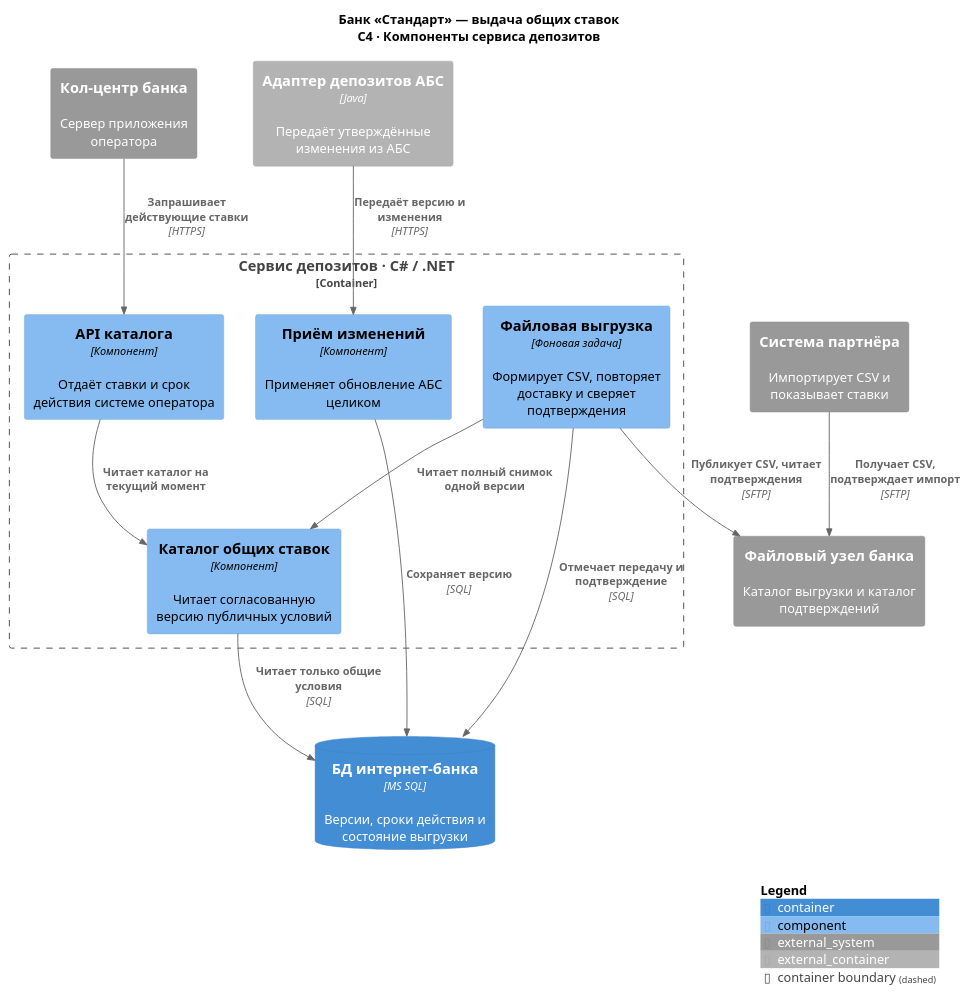
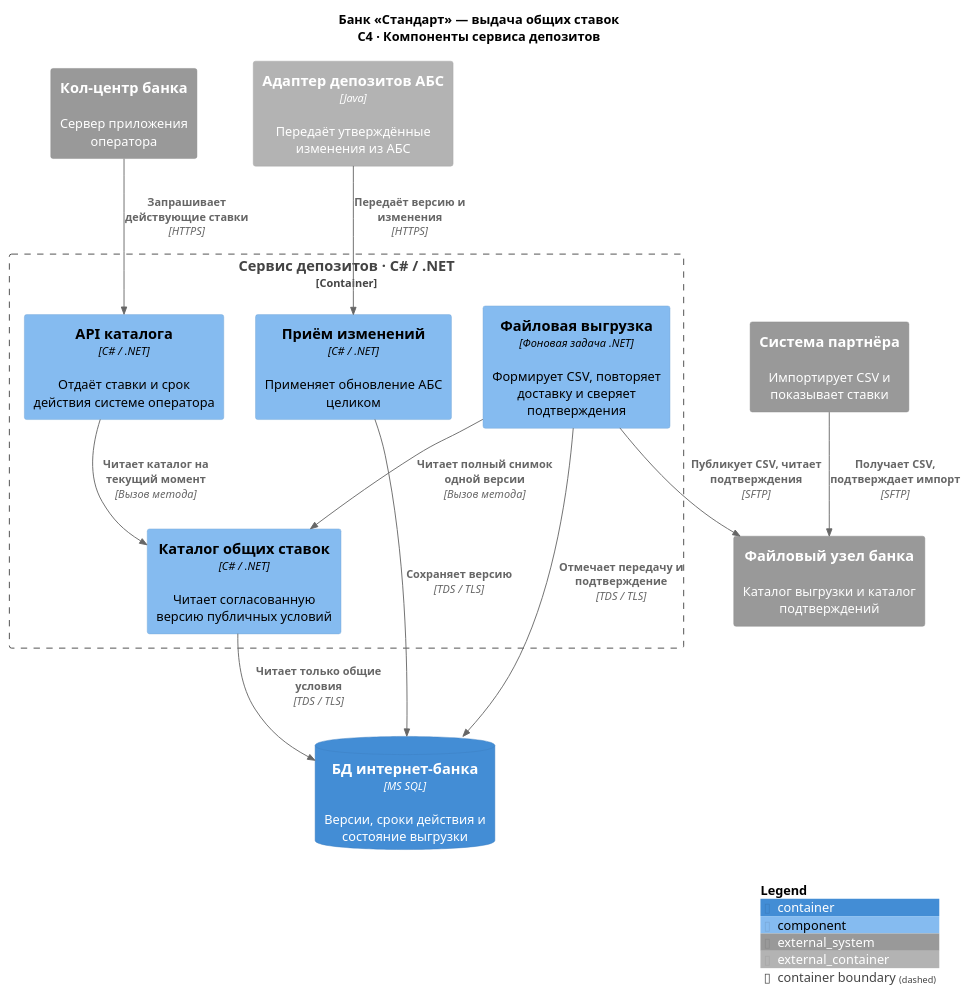
Before and after one commit to nekr0z/architecture-pro-standart: the diagram in Task4/c4-component.puml, drawn with PlantUML. The commit also changed 7 other files, not shown here.

```diff
--- a/Task4/c4-component.puml
+++ b/Task4/c4-component.puml
@@ -1,25 +1,25 @@
 @startuml c4-component
 !include <C4/C4_Component>
 title Банк «Стандарт» — выдача общих ставок\nC4 · Компоненты сервиса депозитов
 Container_Ext(adapter, "Адаптер депозитов АБС", "Java", "Передаёт утверждённые изменения из АБС")
 System_Ext(cc, "Кол-центр банка", "Сервер приложения оператора")
 ContainerDb(store, "БД интернет-банка", "MS SQL", "Версии, сроки действия и состояние выгрузки")
 System_Ext(files, "Файловый узел банка", "Каталог выгрузки и каталог подтверждений")
 System_Ext(partner, "Система партнёра", "Импортирует CSV и показывает ставки")
 Container_Boundary(svc, "Сервис депозитов · C# / .NET") {
-  Component(load, "Приём изменений", "Компонент", "Применяет обновление АБС целиком")
-  Component(cat, "Каталог общих ставок", "Компонент", "Читает согласованную версию публичных условий")
-  Component(api, "API каталога", "Компонент", "Отдаёт ставки и срок действия системе оператора")
-  Component(job, "Файловая выгрузка", "Фоновая задача", "Формирует CSV, повторяет доставку и сверяет подтверждения")
+  Component(load, "Приём изменений", "C# / .NET", "Применяет обновление АБС целиком")
+  Component(cat, "Каталог общих ставок", "C# / .NET", "Читает согласованную версию публичных условий")
+  Component(api, "API каталога", "C# / .NET", "Отдаёт ставки и срок действия системе оператора")
+  Component(job, "Файловая выгрузка", "Фоновая задача .NET", "Формирует CSV, повторяет доставку и сверяет подтверждения")
 }
 Rel(adapter, load, "Передаёт версию и изменения", "HTTPS")
-Rel(load, store, "Сохраняет версию", "SQL")
-Rel(cat, store, "Читает только общие условия", "SQL")
+Rel(load, store, "Сохраняет версию", "TDS / TLS")
+Rel(cat, store, "Читает только общие условия", "TDS / TLS")
 Rel(cc, api, "Запрашивает действующие ставки", "HTTPS")
-Rel(api, cat, "Читает каталог на текущий момент")
-Rel(job, cat, "Читает полный снимок одной версии")
-Rel(job, store, "Отмечает передачу и подтверждение", "SQL")
+Rel(api, cat, "Читает каталог на текущий момент", "Вызов метода")
+Rel(job, cat, "Читает полный снимок одной версии", "Вызов метода")
+Rel(job, store, "Отмечает передачу и подтверждение", "TDS / TLS")
 Rel(job, files, "Публикует CSV, читает подтверждения", "SFTP")
 Rel(partner, files, "Получает CSV, подтверждает импорт", "SFTP")
 SHOW_LEGEND()
 @enduml
```
